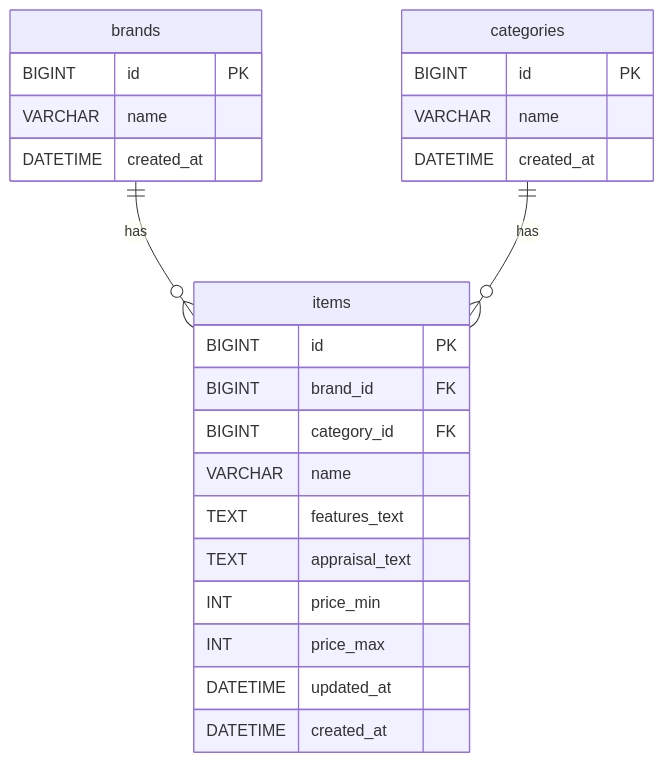
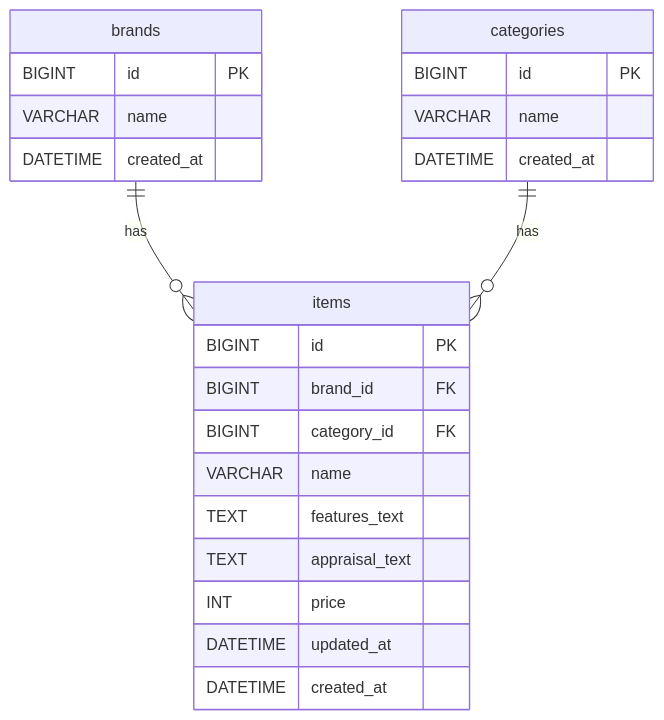
Before and after one commit to mori-318/dig-ai: the first of 3 diagrams in docs/spec/prototype.md, drawn with Mermaid.

Commit message:
docs: 価格カラムを単一priceに更新

````diff
--- a/docs/spec/prototype.md
+++ b/docs/spec/prototype.md
@@ -144,27 +144,26 @@
 ```mermaid
 erDiagram
     brands {
         BIGINT id PK
         VARCHAR name
         DATETIME created_at
     }
     categories {
       BIGINT id PK
       VARCHAR name
       DATETIME created_at
     }
     items {
         BIGINT id PK
         BIGINT brand_id FK
         BIGINT category_id FK
         VARCHAR name
         TEXT features_text
         TEXT appraisal_text
-        INT price_min
-        INT price_max
+        INT price
         DATETIME updated_at
         DATETIME created_at
     }
     brands ||--o{ items : has
     categories ||--o{ items : has
 ```
````
